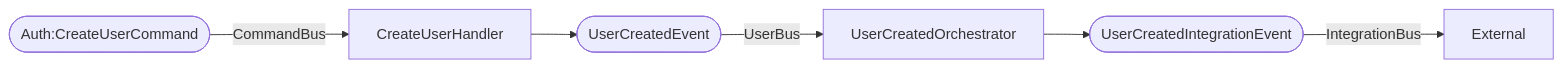
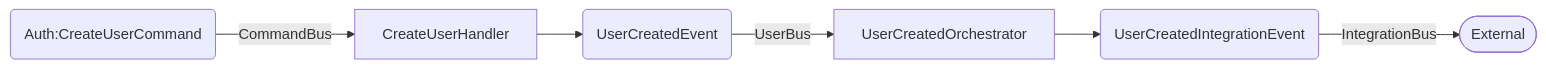
The third of 7 diagrams in back/README.md (wilzwert/my-lego-collection), drawn with Mermaid before and after one commit. The commit also changed other lines of this file and 94 other files, not shown here.

````diff
--- a/back/README.md
+++ b/back/README.md
@@ -70,6 +67,6 @@
 ```mermaid
 flowchart LR
-A([Auth:CreateUserCommand]) --> |CommandBus| E[CreateUserHandler] --> F
-F([UserCreatedEvent]) --> |UserBus| G
-G[UserCreatedOrchestrator] --> H([UserCreatedIntegrationEvent]) --> |IntegrationBus| Z[External]
+A(Auth:CreateUserCommand) --> |CommandBus| E[CreateUserHandler] --> F
+F(UserCreatedEvent) --> |UserBus| G
+G[UserCreatedOrchestrator] --> H(UserCreatedIntegrationEvent) --> |IntegrationBus| Z([External])
 ```
````
